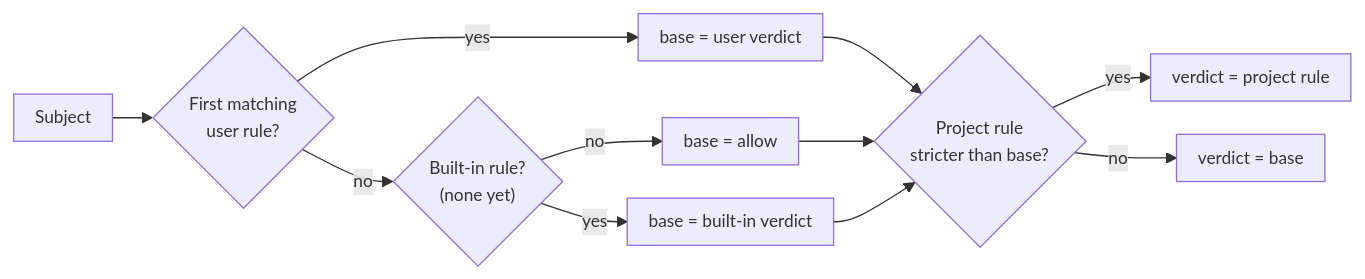
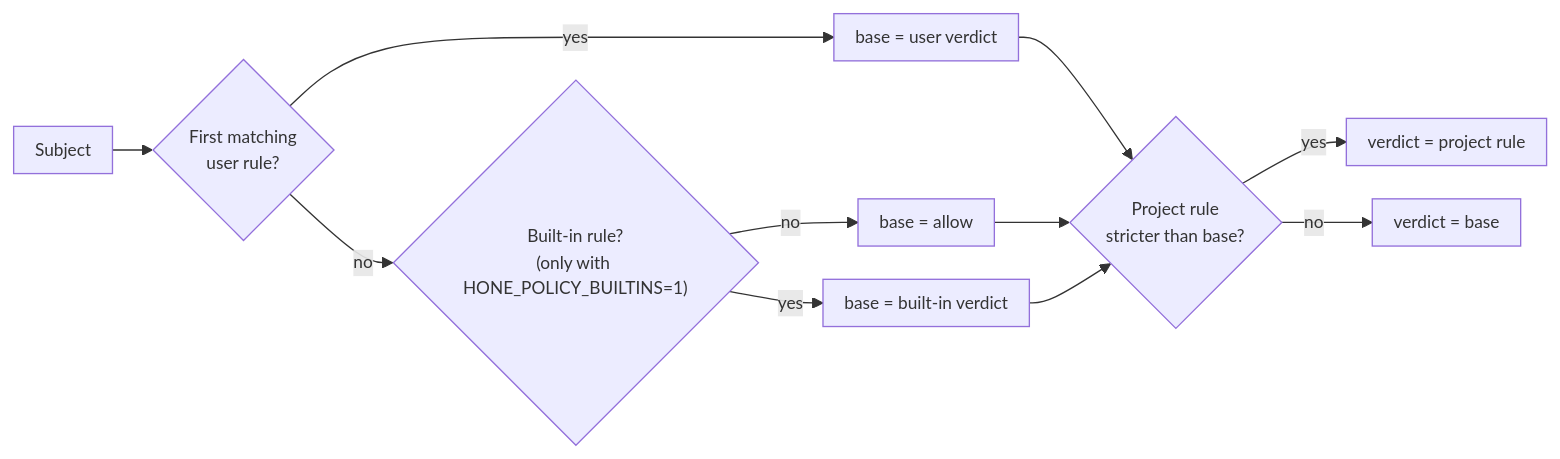
Before and after one commit to wojciechkpl/hone: the third of 3 diagrams in docs/configuration.md, drawn with Mermaid. The commit also changed other lines of this file and 72 other files, not shown here.

First line of the commit message:
feat(policy): opt-in built-in rules and secret redaction (P2.5)

````diff
--- a/docs/configuration.md
+++ b/docs/configuration.md
@@ -236,14 +236,14 @@
 ```mermaid
 %%{init: {"themeVariables": {"fontSize": "13px"}, "flowchart": {"nodeSpacing": 25, "rankSpacing": 30, "padding": 8}, "sequence": {"actorMargin": 30, "messageMargin": 25, "boxMargin": 6}, "gantt": {"barHeight": 16, "barGap": 3}}}%%
 flowchart LR
   S["Subject"] --> U{"First matching<br/>user rule?"}
   U -->|yes| BASE["base = user verdict"]
-  U -->|no| BI{"Built-in rule?<br/>(none yet)"}
+  U -->|no| BI{"Built-in rule?<br/>(only with HONE_POLICY_BUILTINS=1)"}
   BI -->|no| ALLOW["base = allow"]
   BI -->|yes| BASE2["base = built-in verdict"]
   BASE --> P{"Project rule<br/>stricter than base?"}
   ALLOW --> P
   BASE2 --> P
   P -->|yes| PV["verdict = project rule"]
   P -->|no| BV["verdict = base"]
 ```
````
